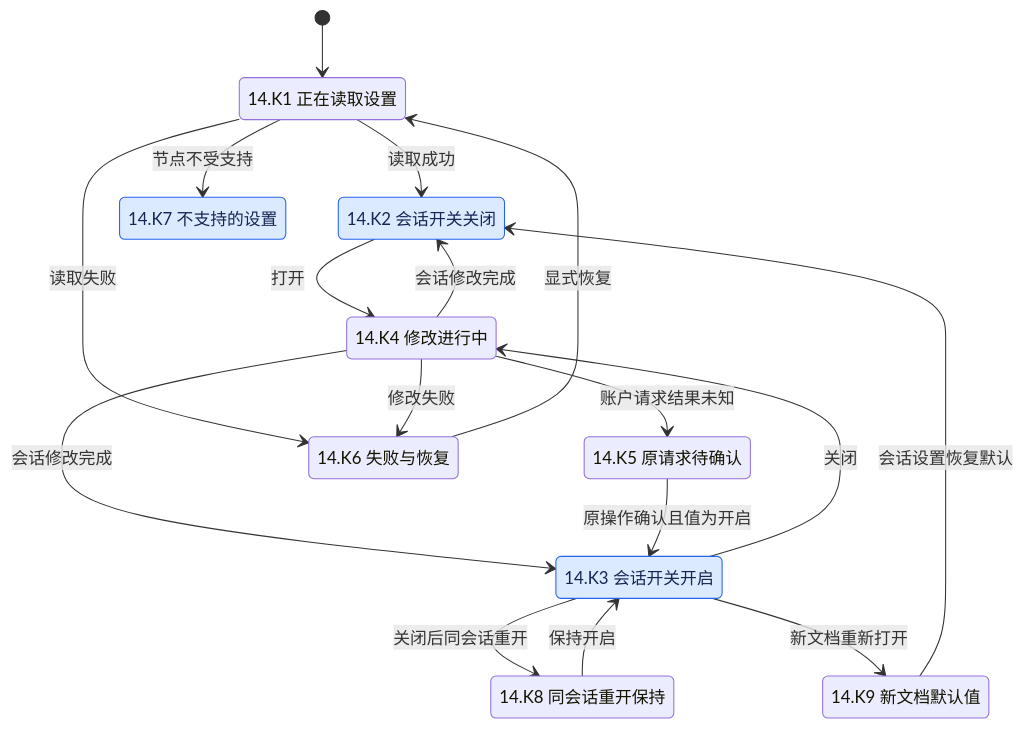
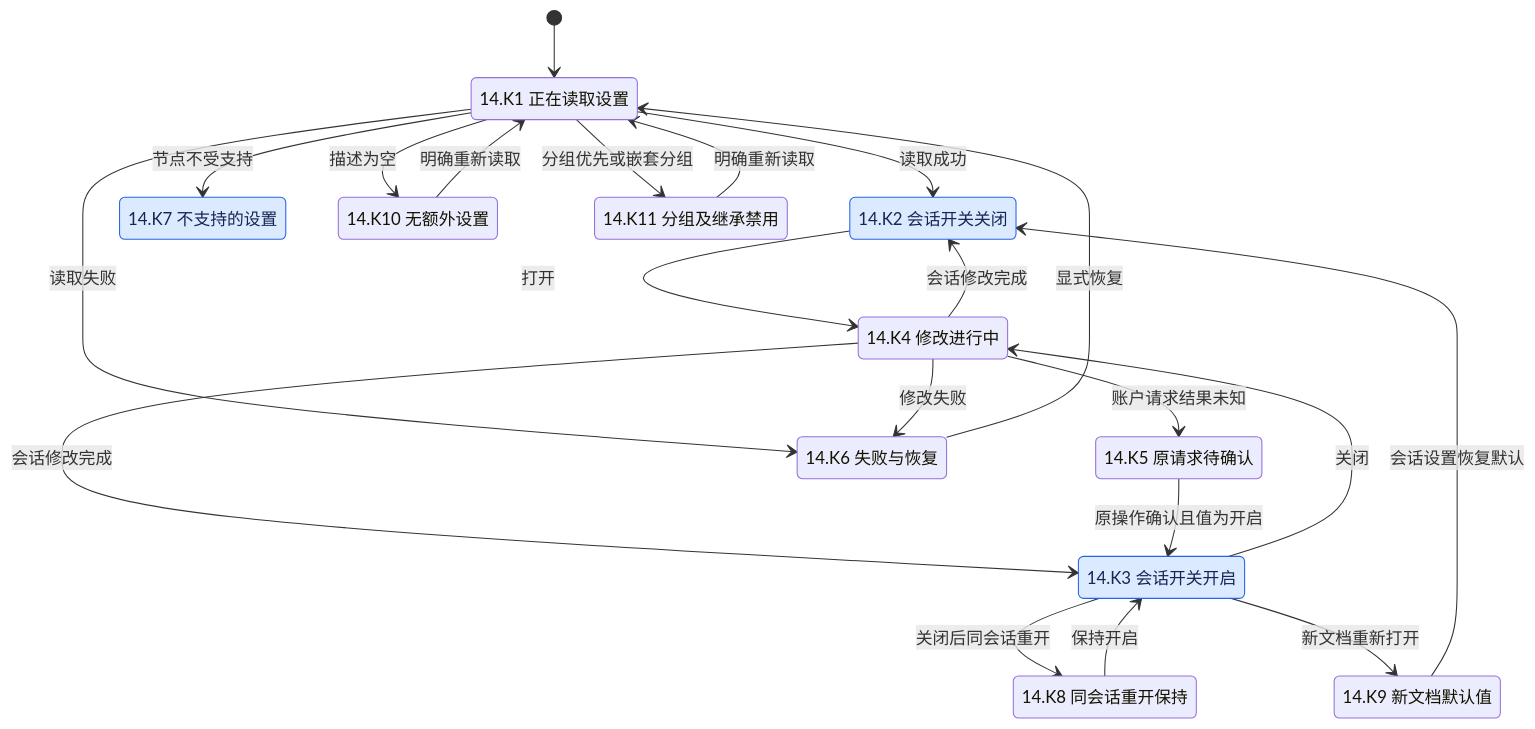
Before and after one commit to Wybxc/karuyomi: diagram 14 of 15 in docs/verification/mihon-state-coverage.md, drawn with Mermaid. The commit also changed other lines of this file and 5 other files, not shown here.

````diff
--- a/docs/verification/mihon-state-coverage.md
+++ b/docs/verification/mihon-state-coverage.md
@@ -1192,30 +1192,36 @@
 ```mermaid
 stateDiagram-v2
     [*] --> LoadingPreferences
     state "14.K1 正在读取设置" as LoadingPreferences
     state "14.K2 会话开关关闭" as ToggleOff
     state "14.K3 会话开关开启" as ToggleOn
     state "14.K4 修改进行中" as ChangingPreference
     state "14.K5 原请求待确认" as PreferencePending
     state "14.K6 失败与恢复" as PreferenceFailed
     state "14.K7 不支持的设置" as UnsupportedPreference
     state "14.K8 同会话重开保持" as SessionReopened
     state "14.K9 新文档默认值" as NewDocument
+    state "14.K10 无额外设置" as EmptyPreferences
+    state "14.K11 分组及继承禁用" as GroupedPreferences
     LoadingPreferences --> ToggleOff: 读取成功
     LoadingPreferences --> PreferenceFailed: 读取失败
     ToggleOff --> ChangingPreference: 打开
     ToggleOn --> ChangingPreference: 关闭
     ChangingPreference --> ToggleOn: 会话修改完成
     ChangingPreference --> ToggleOff: 会话修改完成
     ChangingPreference --> PreferencePending: 账户请求结果未知
     ChangingPreference --> PreferenceFailed: 修改失败
     PreferencePending --> ToggleOn: 原操作确认且值为开启
     PreferenceFailed --> LoadingPreferences: 显式恢复
     ToggleOn --> SessionReopened: 关闭后同会话重开
     SessionReopened --> ToggleOn: 保持开启
     ToggleOn --> NewDocument: 新文档重新打开
     NewDocument --> ToggleOff: 会话设置恢复默认
     LoadingPreferences --> UnsupportedPreference: 节点不受支持
+    LoadingPreferences --> EmptyPreferences: 描述为空
+    LoadingPreferences --> GroupedPreferences: 分组优先或嵌套分组
+    EmptyPreferences --> LoadingPreferences: 明确重新读取
+    GroupedPreferences --> LoadingPreferences: 明确重新读取
     classDef paired fill:#dbeafe,color:#172554,stroke:#2563eb
     class ToggleOff,ToggleOn,UnsupportedPreference paired
 ```
````
